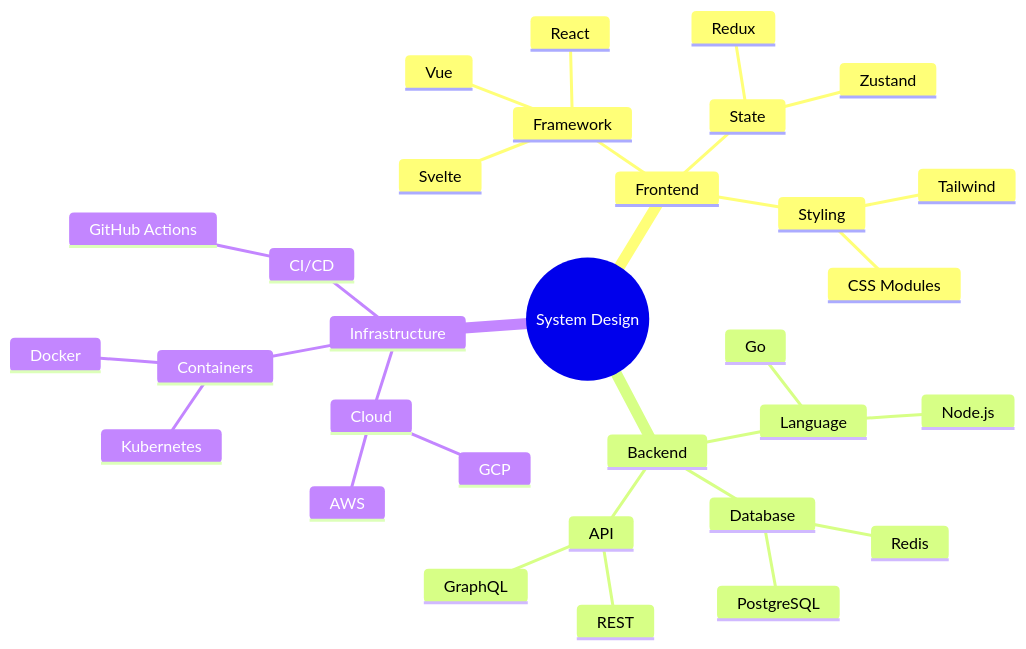
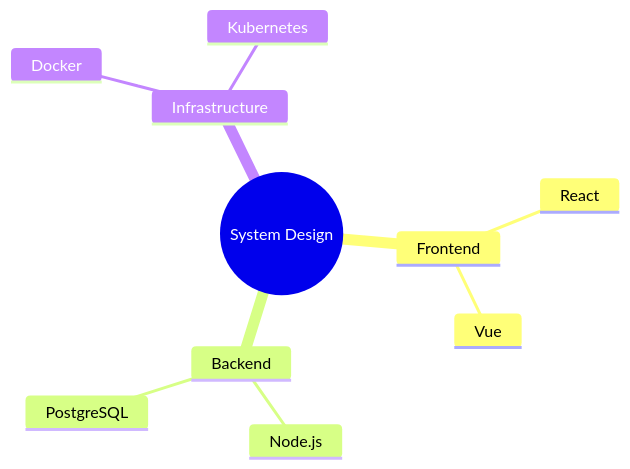
One commit to marcusquinn/aidevops changed the ninth of 10 diagrams in .agents/tools/diagrams/mermaid-diagrams-skill/data-charts.md. Above: the diagram before and after it, drawn with Mermaid. The commit also changed other lines of this file, not shown here.

First line of the commit message:
docs: tighten data-charts.md reference (313→209 lines)

````diff
--- a/.agents/tools/diagrams/mermaid-diagrams-skill/data-charts.md
+++ b/.agents/tools/diagrams/mermaid-diagrams-skill/data-charts.md
@@ -223,34 +174,13 @@
 ```mermaid
 mindmap
     root((System Design))
         Frontend
-            Framework
-                React
-                Vue
-                Svelte
-            State
-                Redux
-                Zustand
-            Styling
-                Tailwind
-                CSS Modules
+            React
+            Vue
         Backend
-            Language
-                Node.js
-                Go
-            Database
-                PostgreSQL
-                Redis
-            API
-                REST
-                GraphQL
+            Node.js
+            PostgreSQL
         Infrastructure
-            Cloud
-                AWS
-                GCP
-            Containers
-                Docker
-                Kubernetes
-            CI/CD
-                GitHub Actions
+            Docker
+            Kubernetes
 ```
````
